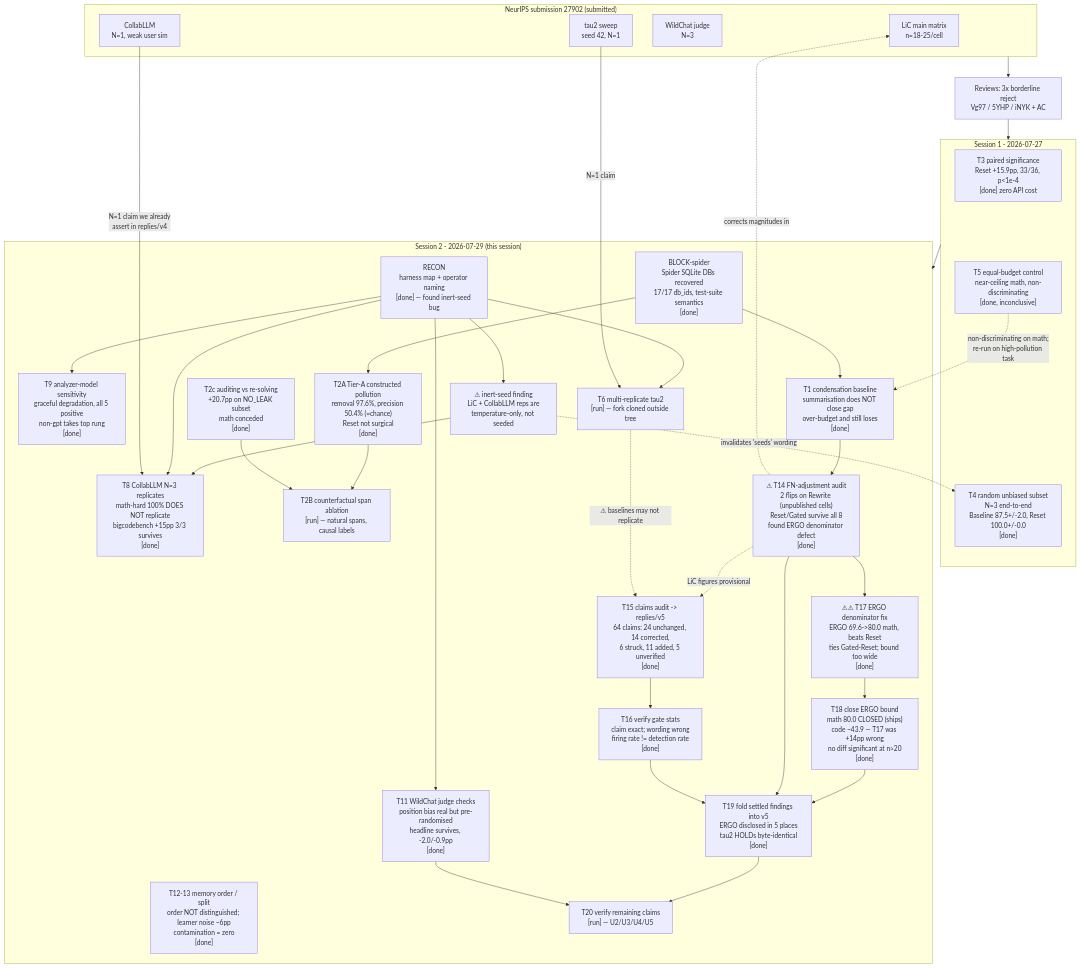
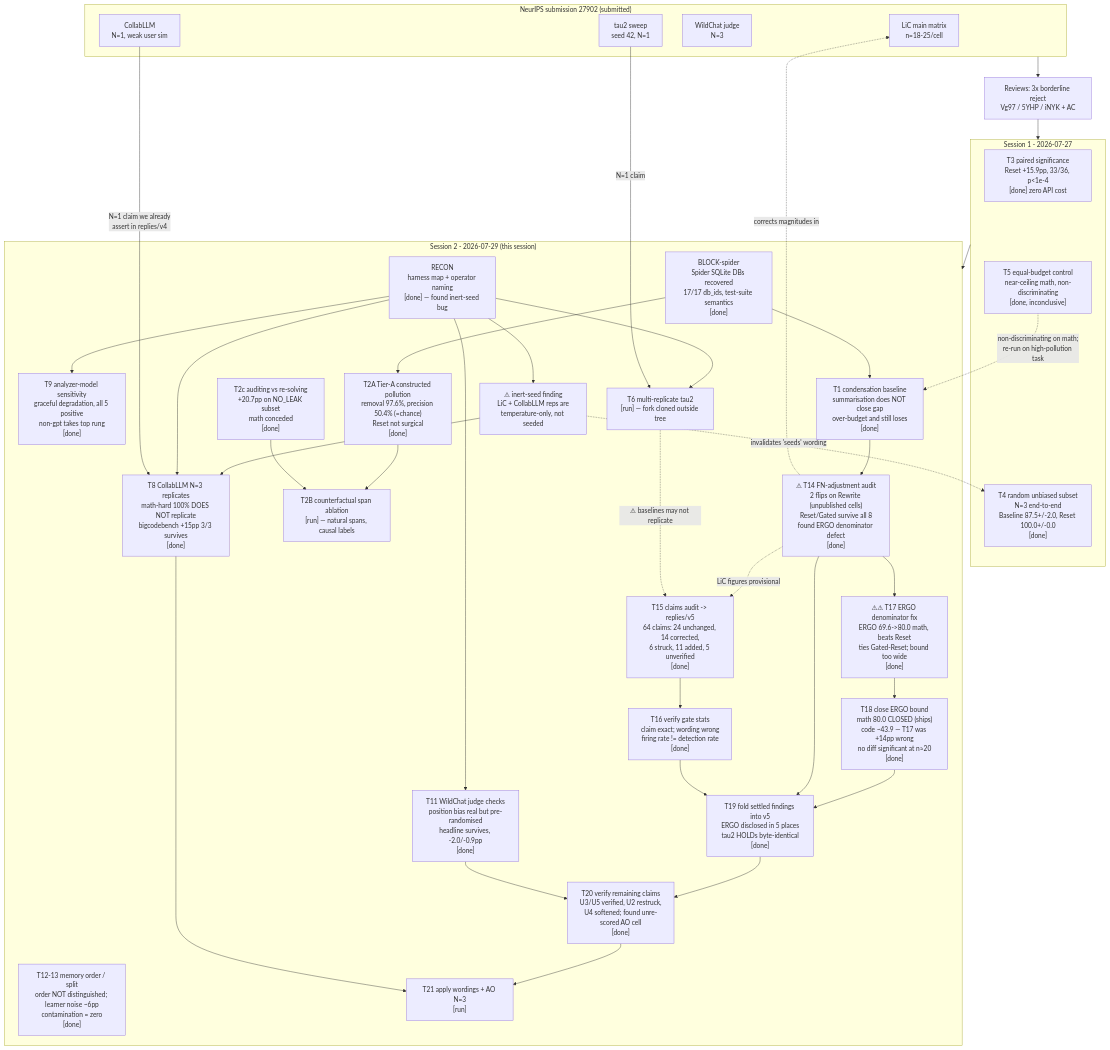
The diagram in neurips_review/autoresearch/PROVENANCE.md (matt-seb-ho/ctx_editor), drawn with Mermaid before and after one commit. The commit also changed other lines of this file and 4 other files, not shown here.

````diff
--- a/neurips_review/autoresearch/PROVENANCE.md
+++ b/neurips_review/autoresearch/PROVENANCE.md
@@ -11,70 +11,73 @@
 ```mermaid
 graph TD
   subgraph PAPER["NeurIPS submission 27902 (submitted)"]
     P0["LiC main matrix<br/>n=18-25/cell"]
     P1["tau2 sweep<br/>seed 42, N=1"]
     P2["WildChat judge<br/>N=3"]
     P3["CollabLLM<br/>N=1, weak user sim"]
   end
 
   R["Reviews: 3x borderline reject<br/>Vg97 / 5YHP / iNYK + AC"]
   PAPER --> R
 
   subgraph S1["Session 1 - 2026-07-27"]
     T3["T3 paired significance<br/>Reset +15.9pp, 33/36, p&lt;1e-4<br/>[done] zero API cost"]
     T4["T4 random unbiased subset<br/>N=3 end-to-end<br/>Baseline 87.5+/-2.0, Reset 100.0+/-0.0<br/>[done]"]
     T5["T5 equal-budget control<br/>near-ceiling math, non-discriminating<br/>[done, inconclusive]"]
   end
   R --> S1
 
   subgraph S2["Session 2 - 2026-07-29 (this session)"]
     BLK["BLOCK-spider<br/>Spider SQLite DBs recovered<br/>17/17 db_ids, test-suite semantics<br/>[done]"]
     RC["RECON<br/>harness map + operator naming<br/>[done] — found inert-seed bug"]
     T8["T8 CollabLLM N=3 replicates<br/>math-hard 100% DOES NOT replicate<br/>bigcodebench +15pp 3/3 survives<br/>[done]"]
     T9["T9 analyzer-model sensitivity<br/>graceful degradation, all 5 positive<br/>non-gpt takes top rung<br/>[done]"]
     T2A["T2A Tier-A constructed pollution<br/>removal 97.6%, precision 50.4% (=chance)<br/>Reset not surgical<br/>[done]"]
     T2C["T2c auditing vs re-solving<br/>+20.7pp on NO_LEAK subset<br/>math conceded<br/>[done]"]
     T1["T1 condensation baseline<br/>summarisation does NOT close gap<br/>over-budget and still loses<br/>[done]"]
     T11["T11 WildChat judge checks<br/>position bias real but pre-randomised<br/>headline survives, -2.0/-0.9pp<br/>[done]"]
     T12["T12-13 memory order / split<br/>order NOT distinguished; learner noise ~6pp<br/>contamination = zero<br/>[done]"]
     T6["T6 multi-replicate tau2<br/>[run] — fork cloned outside tree"]
     T2B["T2B counterfactual span ablation<br/>[run] — natural spans, causal labels"]
     T15["T15 claims audit -> replies/v5<br/>64 claims: 24 unchanged, 14 corrected,<br/>6 struck, 11 added, 5 unverified<br/>[done]"]
     T16["T16 verify gate stats<br/>claim exact; wording wrong<br/>firing rate != detection rate<br/>[done]"]
     T14["⚠ T14 FN-adjustment audit<br/>2 flips on Rewrite (unpublished cells)<br/>Reset/Gated survive all 8<br/>found ERGO denominator defect<br/>[done]"]
     T17["⚠⚠ T17 ERGO denominator fix<br/>ERGO 69.6->80.0 math, beats Reset<br/>ties Gated-Reset; bound too wide<br/>[done]"]
     T18["T18 close ERGO bound<br/>math 80.0 CLOSED (ships)<br/>code ~43.9 — T17 was +14pp wrong<br/>no diff significant at n≈20<br/>[done]"]
     T19["T19 fold settled findings into v5<br/>ERGO disclosed in 5 places<br/>tau2 HOLDs byte-identical<br/>[done]"]
-    T20["T20 verify remaining claims<br/>[run] — U2/U3/U4/U5"]
+    T20["T20 verify remaining claims<br/>U3/U5 verified, U2 restruck,<br/>U4 softened; found unre-scored AO cell<br/>[done]"]
+    T21["T21 apply wordings + AO N=3<br/>[run]"]
     SEED["⚠ inert-seed finding<br/>LiC + CollabLLM reps are<br/>temperature-only, not seeded"]
   end
   S1 --> S2
 
   RC --> SEED
   SEED -.->|"invalidates 'seeds' wording"| T4
   SEED --> T8
   RC --> T8
   RC --> T9
   RC --> T6
   RC --> T11
   BLK --> T1
   BLK --> T2A
   T5 -.->|"non-discriminating on math;<br/>re-run on high-pollution task"| T1
   T2A --> T2B
   T2C --> T2B
   T1 --> T14
   T14 -.->|"LiC figures provisional"| T15
   T14 --> T17
   T17 --> T18
   T18 --> T19
   T19 --> T20
+  T20 --> T21
+  T8 --> T21
   T11 --> T20
   T14 --> T19
   T16 --> T19
   T6 -.->|"⚠ baselines may not replicate"| T15
   T15 --> T16
   T14 -.->|"corrects magnitudes in"| P0
 
   P3 -->|"N=1 claim we already<br/>assert in replies/v4"| T8
   P1 -->|"N=1 claim"| T6
 ```
````
